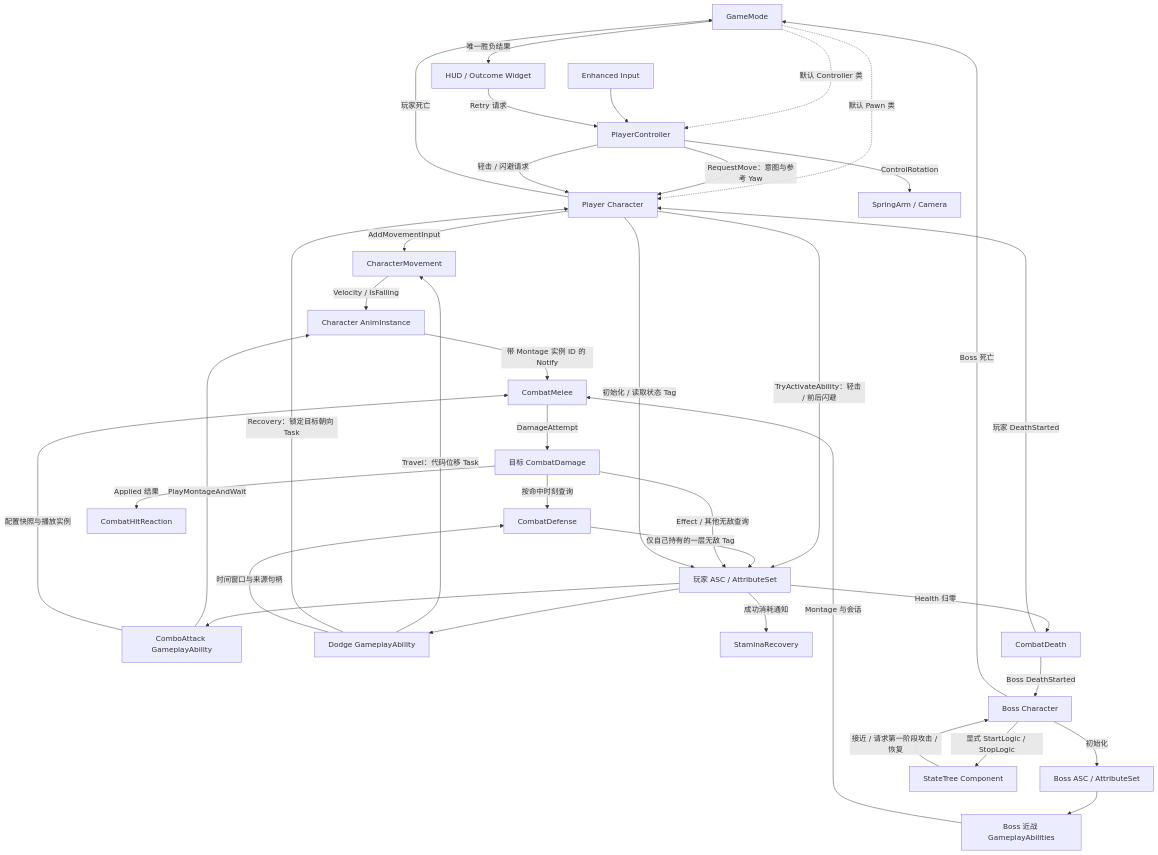
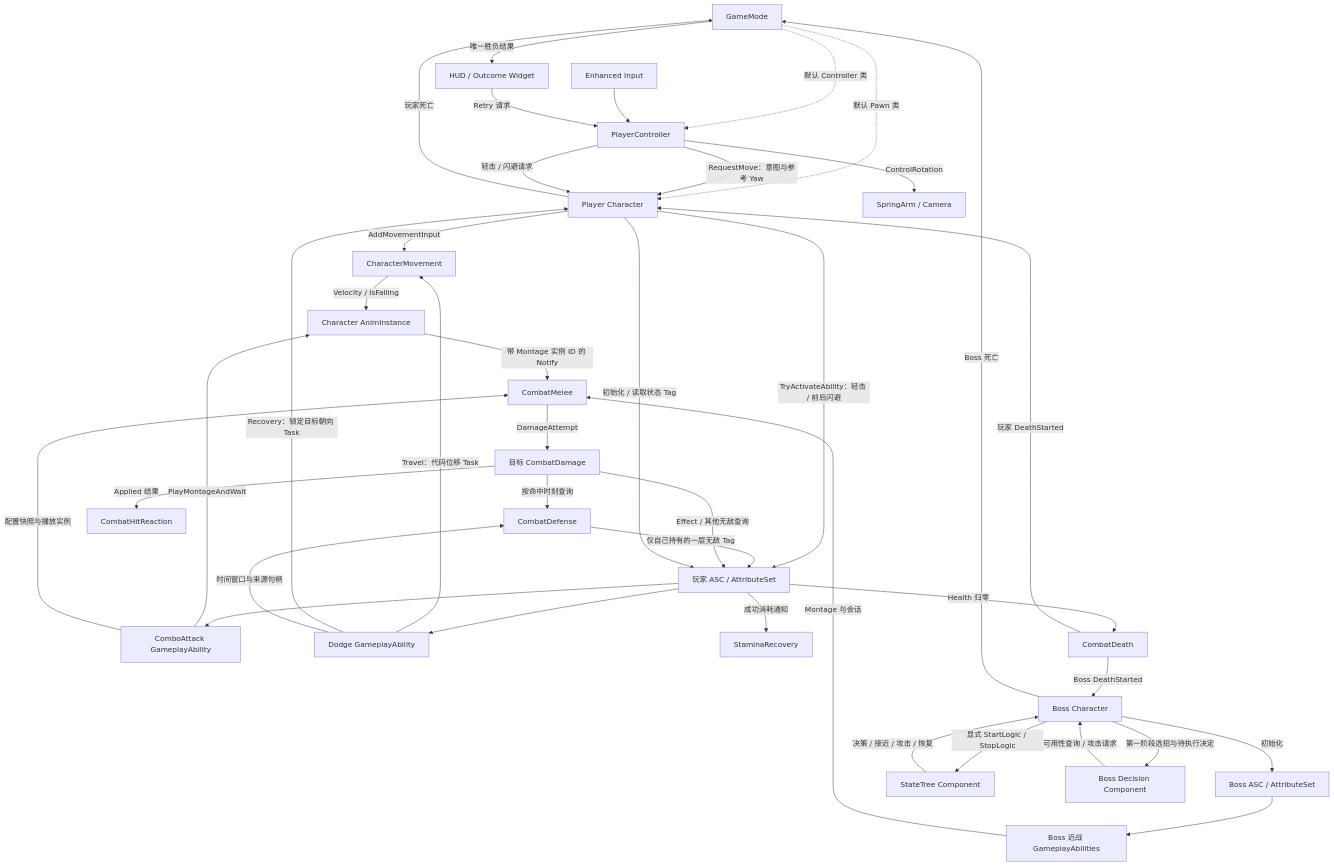
One commit to Ethan-Lian/AshenOath changed the diagram in docs/arch/architecture.md. Above: the diagram before and after it, drawn with Mermaid. The commit also changed other lines of this file and 9 other files, not shown here.

````diff
--- a/docs/arch/architecture.md
+++ b/docs/arch/architecture.md
@@ -9,39 +9,41 @@
 ```mermaid
 flowchart TD
     GM[GameMode] -.->|默认 Controller 类| PC[PlayerController]
     GM -.->|默认 Pawn 类| P[Player Character]
     EI[Enhanced Input] --> PC
     PC -->|RequestMove：意图与参考 Yaw| P
     PC -->|轻击 / 闪避请求| P
     P -->|AddMovementInput| CM[CharacterMovement]
     P -->|TryActivateAbility：轻击 / 前后闪避| GAS[玩家 ASC / AttributeSet]
     GAS --> ATTACK[ComboAttack GameplayAbility]
     GAS --> DODGE[Dodge GameplayAbility]
     ATTACK -->|PlayMontageAndWait| AN[Character AnimInstance]
     ATTACK -->|配置快照与播放实例| MELEE[CombatMelee]
     AN -->|带 Montage 实例 ID 的 Notify| MELEE
     DODGE -->|Travel：代码位移 Task| CM
     DODGE -->|Recovery：锁定目标朝向 Task| P
     DODGE -->|时间窗口与来源句柄| DEFENSE[CombatDefense]
     DEFENSE -->|仅自己持有的一层无敌 Tag| GAS
     GAS -->|成功消耗通知| RECOVERY[StaminaRecovery]
     MELEE -->|DamageAttempt| DAMAGE[目标 CombatDamage]
     DAMAGE -->|按命中时刻查询| DEFENSE
     DAMAGE -->|Effect / 其他无敌查询| GAS
     DAMAGE -->|Applied 结果| REACTION[CombatHitReaction]
     GAS -->|Health 归零| DEATH[CombatDeath]
     DEATH -->|玩家 DeathStarted| P
     DEATH -->|Boss DeathStarted| B
     P -->|玩家死亡| GM
     B -->|Boss 死亡| GM
     GM -->|唯一胜负结果| HUD[HUD / Outcome Widget]
     HUD -->|Retry 请求| PC
     PC -->|ControlRotation| CAM[SpringArm / Camera]
     CM -->|Velocity / IsFalling| AN
     P -->|初始化 / 读取状态 Tag| GAS
     B[Boss Character] -->|初始化| BGAS[Boss ASC / AttributeSet]
     B -->|显式 StartLogic / StopLogic| ST[StateTree Component]
-    ST -->|接近 / 请求第一阶段攻击 / 恢复| B
+    ST -->|决策 / 接近 / 攻击 / 恢复| B
+    B -->|第一阶段选招与待执行决定| BD[Boss Decision Component]
+    BD -->|可用性查询 / 攻击请求| B
     BGAS --> BATTACK[Boss 近战 GameplayAbilities]
     BATTACK -->|Montage 与会话| MELEE
 ```
````
